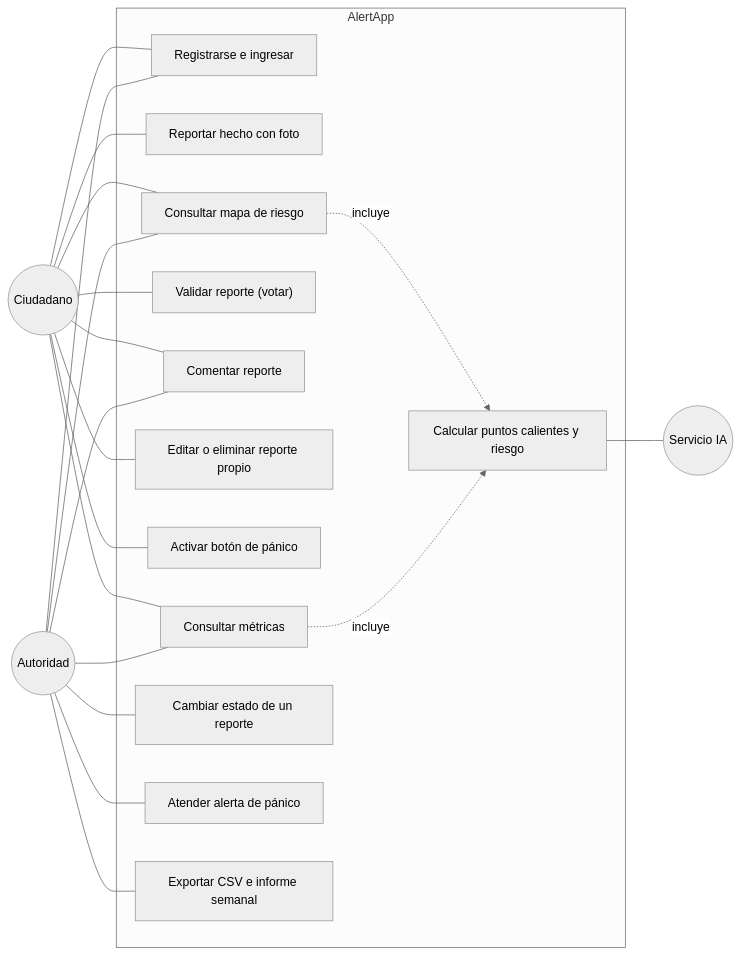
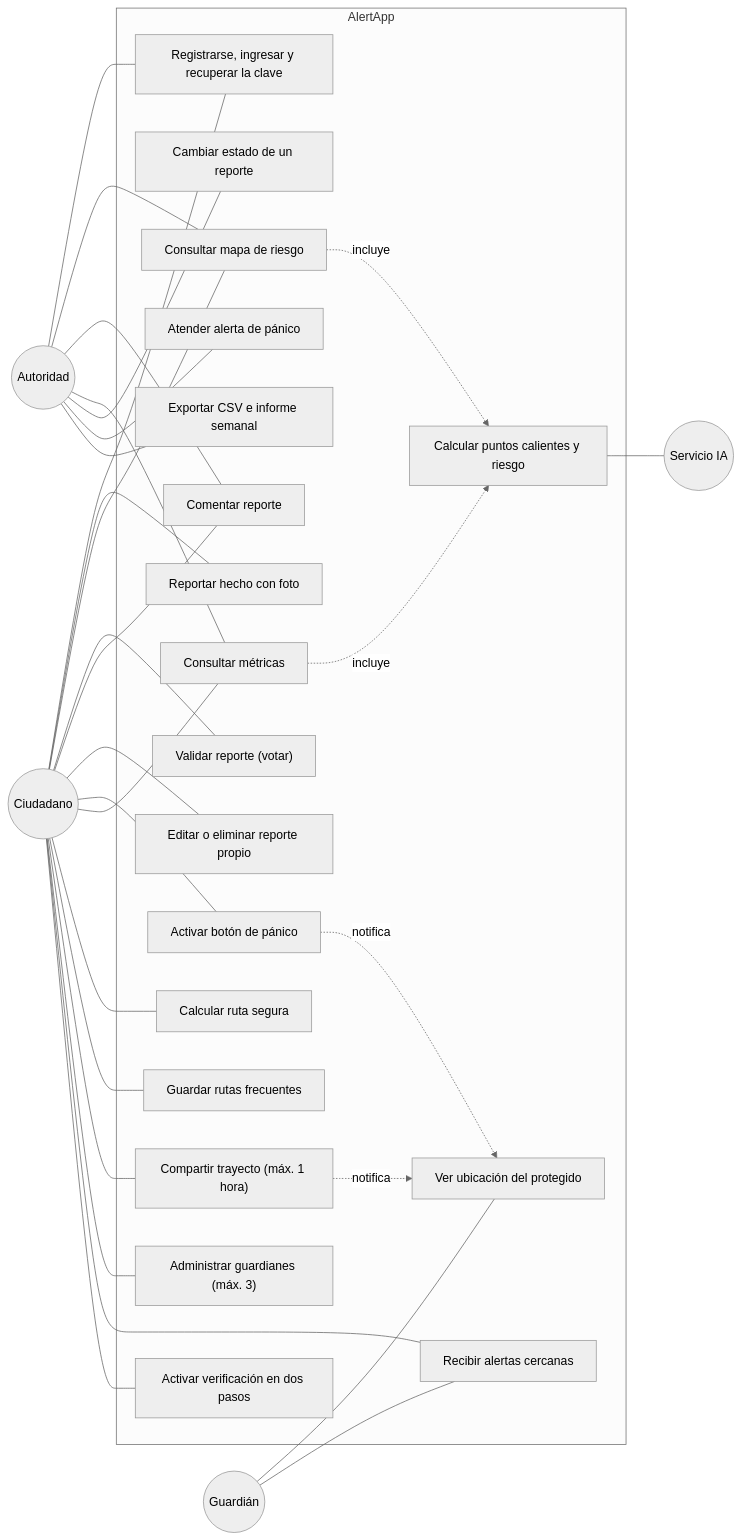
One commit to HernandoMendozaIng/alertapp-valledupar changed the second of 10 diagrams in docs/arquitectura.md. Above: the diagram before and after it, drawn with Mermaid (neutral theme). The commit also changed other lines of this file and 10 other files, not shown here.

````diff
--- a/docs/arquitectura.md
+++ b/docs/arquitectura.md
@@ -48,27 +63,38 @@
 ```mermaid
 flowchart LR
     C(("Ciudadano"))
+    G(("Guardián"))
     A(("Autoridad"))
     IA(("Servicio IA"))
 
     subgraph AlertApp
-        UC1["Registrarse e ingresar"]
+        UC1["Registrarse, ingresar y recuperar la clave"]
         UC2["Reportar hecho con foto"]
         UC3["Consultar mapa de riesgo"]
         UC4["Validar reporte (votar)"]
         UC5["Comentar reporte"]
         UC6["Editar o eliminar reporte propio"]
         UC7["Activar botón de pánico"]
         UC8["Consultar métricas"]
         UC9["Cambiar estado de un reporte"]
         UC10["Atender alerta de pánico"]
         UC11["Exportar CSV e informe semanal"]
         UC12["Calcular puntos calientes y riesgo"]
+        UC13["Calcular ruta segura"]
+        UC14["Guardar rutas frecuentes"]
+        UC15["Compartir trayecto (máx. 1 hora)"]
+        UC16["Administrar guardianes (máx. 3)"]
+        UC17["Recibir alertas cercanas"]
+        UC18["Activar verificación en dos pasos"]
+        UC19["Ver ubicación del protegido"]
     end
 
-    C --- UC1 & UC2 & UC3 & UC4 & UC5 & UC6 & UC7 & UC8
+    C --- UC1 & UC2 & UC3 & UC4 & UC5 & UC6 & UC7 & UC8 & UC13 & UC14 & UC15 & UC16 & UC17 & UC18
+    G --- UC19 & UC17
     A --- UC1 & UC3 & UC5 & UC8 & UC9 & UC10 & UC11
     UC3 -. incluye .-> UC12
     UC8 -. incluye .-> UC12
+    UC7 -. notifica .-> UC19
+    UC15 -. notifica .-> UC19
     UC12 --- IA
 ```
````
